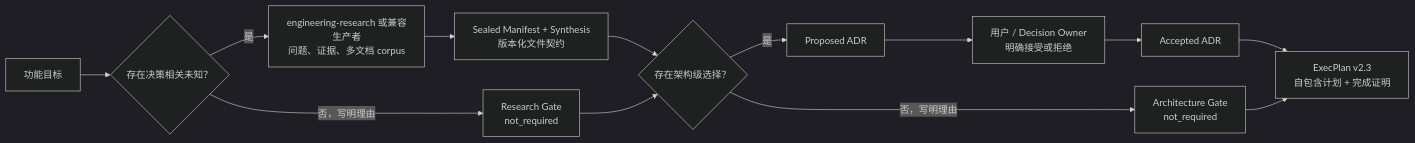
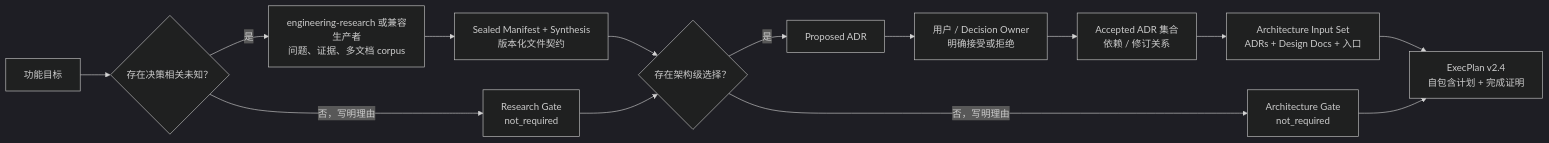
Before and after one commit to XiaoWeiKIN/RepoFoundryAI: the diagram in SKILL.md, drawn with Mermaid (dark theme). The commit also changed other lines of this file and 15 other files, not shown here.

Commit message:
feat: add architecture input sets

````diff
--- a/SKILL.md
+++ b/SKILL.md
@@ -11,15 +11,16 @@
 ```mermaid
 flowchart LR
     F["功能目标"] --> Q{"存在决策相关未知？"}
     Q -->|"是"| R["engineering-research 或兼容生产者<br/>问题、证据、多文档 corpus"]
     R --> S["Sealed Manifest + Synthesis<br/>版本化文件契约"]
     Q -->|"否，写明理由"| RG["Research Gate<br/>not_required"]
     S --> A{"存在架构级选择？"}
     A -->|"是"| P["Proposed ADR"]
     P --> H["用户 / Decision Owner<br/>明确接受或拒绝"]
-    H --> D["Accepted ADR"]
+    H --> D["Accepted ADR 集合<br/>依赖 / 修订关系"]
     A -->|"否，写明理由"| AG["Architecture Gate<br/>not_required"]
-    D --> EP["ExecPlan v2.3<br/>自包含计划 + 完成证明"]
+    D --> I["Architecture Input Set<br/>ADRs + Design Docs + 入口"]
+    I --> EP["ExecPlan v2.4<br/>自包含计划 + 完成证明"]
     RG --> A
     AG --> EP
 ```
````
